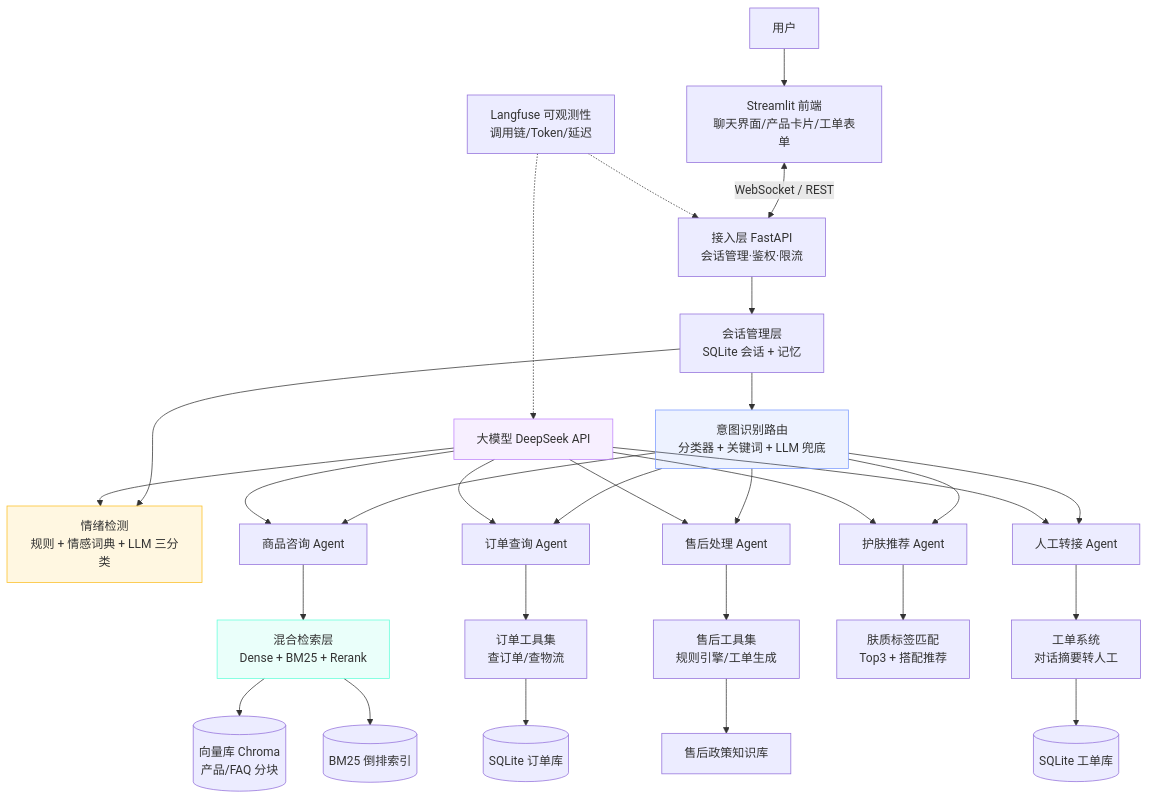
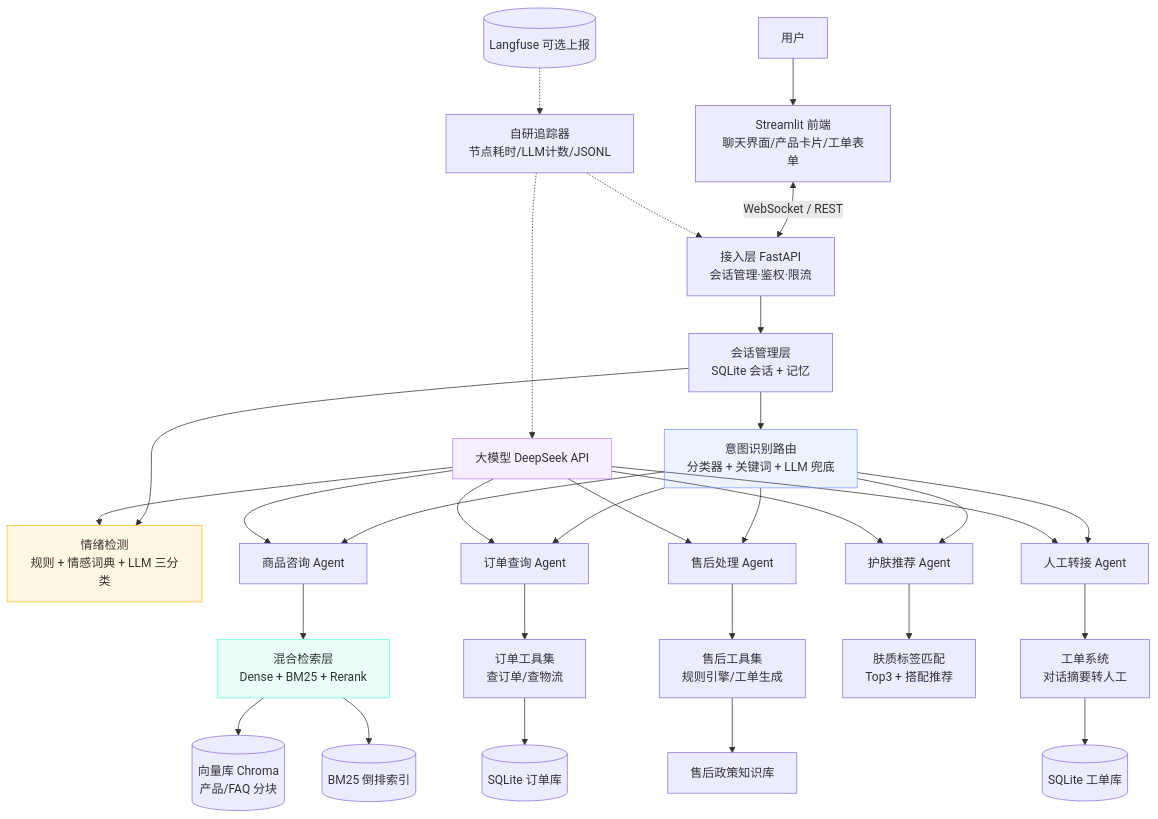
One commit to thanks-for-forest/yueji-cs-agent changed the first of 3 diagrams in docs/项目规划_美妆电商客服Agent.md. Above: the diagram before and after it, drawn with Mermaid. The commit also changed other lines of this file and 7 other files, not shown here.

````diff
--- a/docs/项目规划_美妆电商客服Agent.md
+++ b/docs/项目规划_美妆电商客服Agent.md
@@ -128,42 +128,43 @@
 ```mermaid
 graph TD
     U[用户] --> W[Streamlit 前端<br/>聊天界面/产品卡片/工单表单]
     W <-->|WebSocket / REST| API[接入层 FastAPI<br/>会话管理·鉴权·限流]
 
     API --> SM[会话管理层<br/>SQLite 会话 + 记忆]
     SM --> ROUTER[意图识别路由<br/>分类器 + 关键词 + LLM 兜底]
     SM --> EMOTION[情绪检测<br/>规则 + 情感词典 + LLM 三分类]
 
     ROUTER --> P[商品咨询 Agent]
     ROUTER --> O[订单查询 Agent]
     ROUTER --> A[售后处理 Agent]
     ROUTER --> S[护肤推荐 Agent]
     ROUTER --> H[人工转接 Agent]
 
     P --> RAG[混合检索层<br/>Dense + BM25 + Rerank]
     O --> OT[订单工具集<br/>查订单/查物流]
     A --> AT[售后工具集<br/>规则引擎/工单生成]
     S --> ST[肤质标签匹配<br/>Top3 + 搭配推荐]
     H --> HT[工单系统<br/>对话摘要转人工]
 
     RAG --> VS[(向量库 Chroma<br/>产品/FAQ 分块)]
     RAG --> BM[(BM25 倒排索引)]
     OT --> DB[(SQLite 订单库)]
     AT --> POL[售后政策知识库]
     HT --> DB2[(SQLite 工单库)]
 
     LLM[大模型 DeepSeek API] --> P
     LLM --> O
     LLM --> A
     LLM --> S
     LLM --> H
     LLM --> EMOTION
 
-    LF[Langfuse 可观测性<br/>调用链/Token/延迟] -.-> API
+    LF[自研追踪器<br/>节点耗时/LLM计数/JSONL] -.-> API
     LF -.-> LLM
+    LFO[(Langfuse 可选上报)] -.-> LF
 
     style ROUTER fill:#7c9cff22,stroke:#7c9cff
     style RAG fill:#64ffda22,stroke:#64ffda
     style LLM fill:#c084fc22,stroke:#c084fc
     style EMOTION fill:#fbbf2422,stroke:#fbbf24
 ```
````
